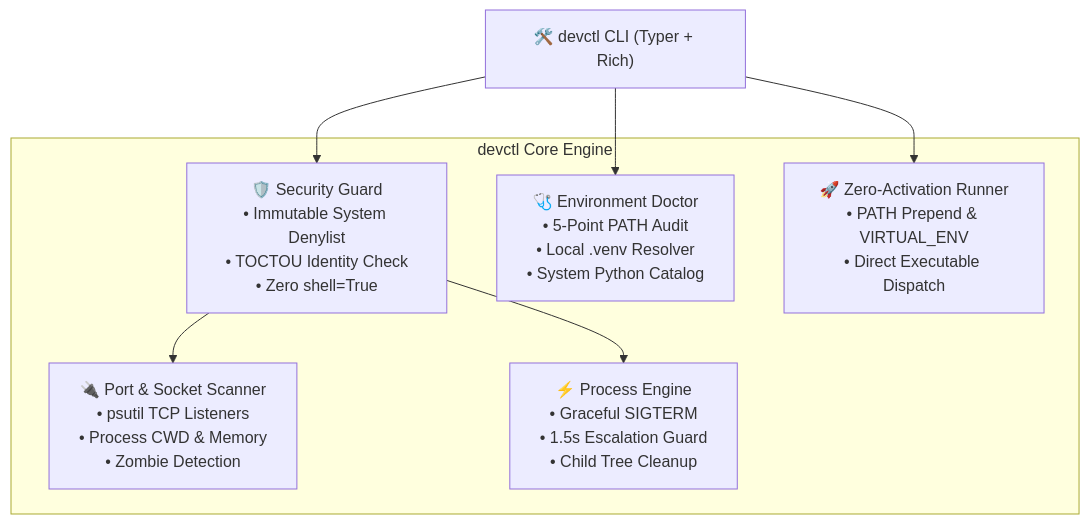
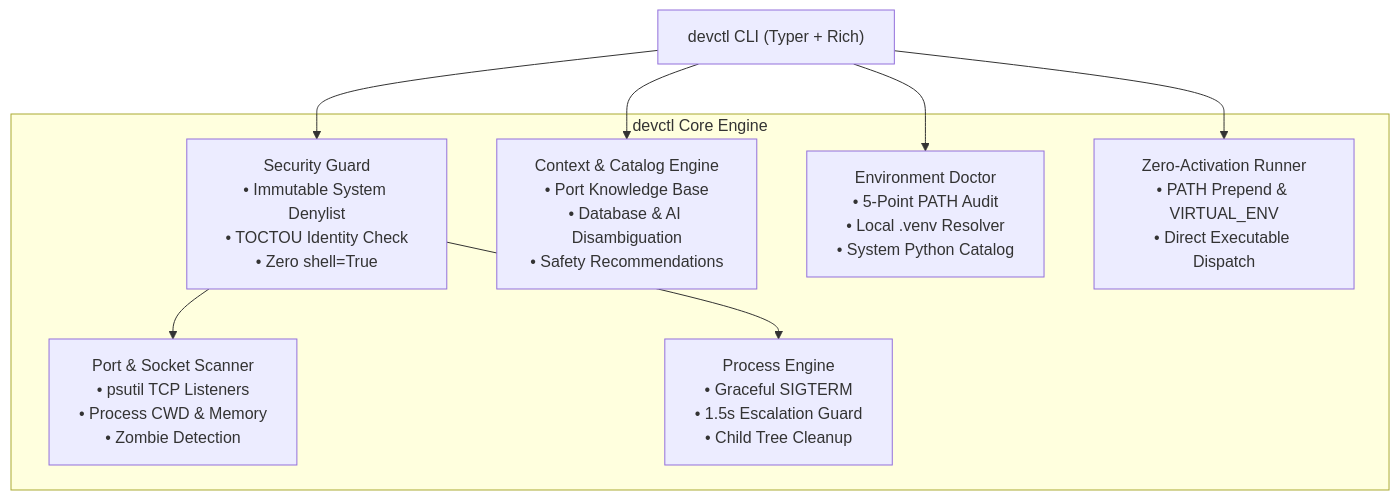
Before and after one commit to AryamanSharma14/-CLI-: the diagram in README.md, drawn with Mermaid. The commit also changed other lines of this file and 8 other files, not shown here.

````diff
--- a/README.md
+++ b/README.md
@@ -47,18 +51,20 @@
 ```mermaid
 flowchart TD
-    CLI["🛠️ devctl CLI (Typer + Rich)"]
+    CLI["devctl CLI (Typer + Rich)"]
     
     subgraph Core["devctl Core Engine"]
-        SEC["🛡️ Security Guard<br/>• Immutable System Denylist<br/>• TOCTOU Identity Check<br/>• Zero shell=True"]
-        PORT["🔌 Port & Socket Scanner<br/>• psutil TCP Listeners<br/>• Process CWD & Memory<br/>• Zombie Detection"]
-        PROC["⚡ Process Engine<br/>• Graceful SIGTERM<br/>• 1.5s Escalation Guard<br/>• Child Tree Cleanup"]
-        ENV["🩺 Environment Doctor<br/>• 5-Point PATH Audit<br/>• Local .venv Resolver<br/>• System Python Catalog"]
-        RUN["🚀 Zero-Activation Runner<br/>• PATH Prepend & VIRTUAL_ENV<br/>• Direct Executable Dispatch"]
+        SEC["Security Guard<br/>• Immutable System Denylist<br/>• TOCTOU Identity Check<br/>• Zero shell=True"]
+        CAT["Context & Catalog Engine<br/>• Port Knowledge Base<br/>• Database & AI Disambiguation<br/>• Safety Recommendations"]
+        PORT["Port & Socket Scanner<br/>• psutil TCP Listeners<br/>• Process CWD & Memory<br/>• Zombie Detection"]
+        PROC["Process Engine<br/>• Graceful SIGTERM<br/>• 1.5s Escalation Guard<br/>• Child Tree Cleanup"]
+        ENV["Environment Doctor<br/>• 5-Point PATH Audit<br/>• Local .venv Resolver<br/>• System Python Catalog"]
+        RUN["Zero-Activation Runner<br/>• PATH Prepend & VIRTUAL_ENV<br/>• Direct Executable Dispatch"]
     end
 
     CLI --> SEC
+    CLI --> CAT
     SEC --> PORT
     SEC --> PROC
     CLI --> ENV
     CLI --> RUN
 ```
````
